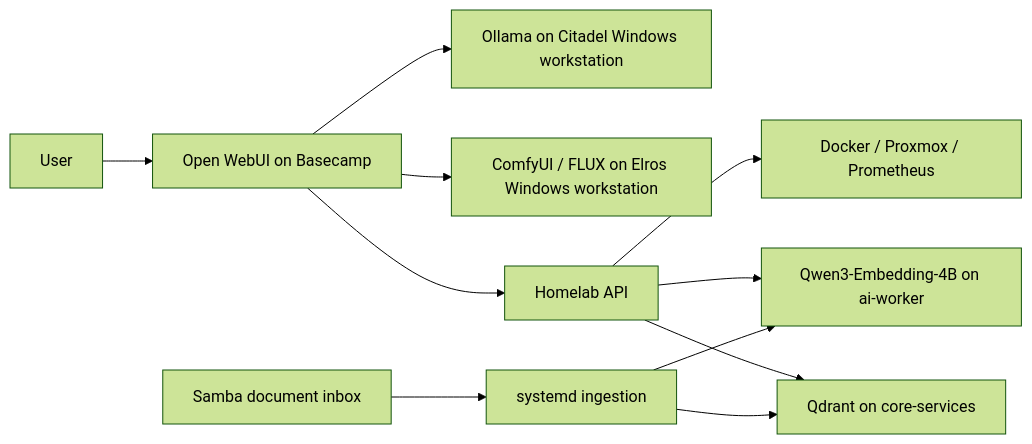
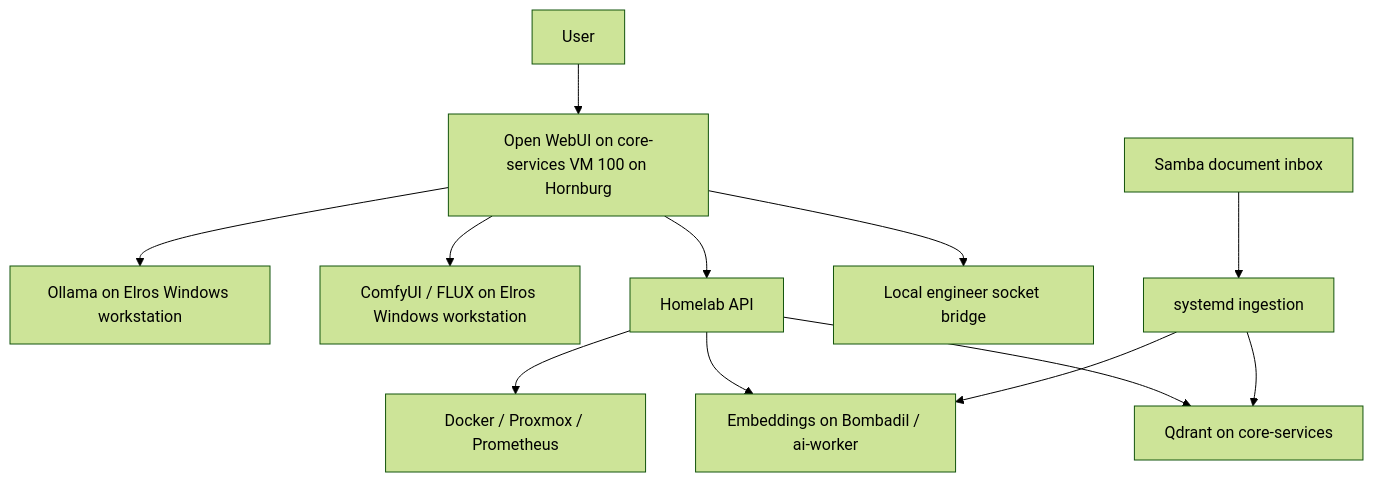
The diagram in README.md (soonerbear22-ux/local-ai-lab), drawn with Mermaid (forest theme) before and after one commit. The commit also changed other lines of this file and 10 other files, not shown here.

````diff
--- a/README.md
+++ b/README.md
@@ -9,13 +9,14 @@
 ```mermaid
-flowchart LR
-    User["User"] --> UI["Open WebUI on Basecamp"]
-    UI --> Ollama["Ollama on Citadel Windows workstation"]
+flowchart TD
+    User["User"] --> UI["Open WebUI on core-services VM 100 on Hornburg"]
+    UI --> Ollama["Ollama on Elros Windows workstation"]
     UI --> Comfy["ComfyUI / FLUX on Elros Windows workstation"]
     UI --> API["Homelab API"]
+    UI --> Bridge["Local engineer socket bridge"]
     API --> Live["Docker / Proxmox / Prometheus"]
-    API --> Embed["Qwen3-Embedding-4B on ai-worker"]
+    API --> Embed["Embeddings on Bombadil / ai-worker"]
     API --> Qdrant["Qdrant on core-services"]
     Inbox["Samba document inbox"] --> Ingest["systemd ingestion"]
     Ingest --> Embed
     Ingest --> Qdrant
 ```
````
